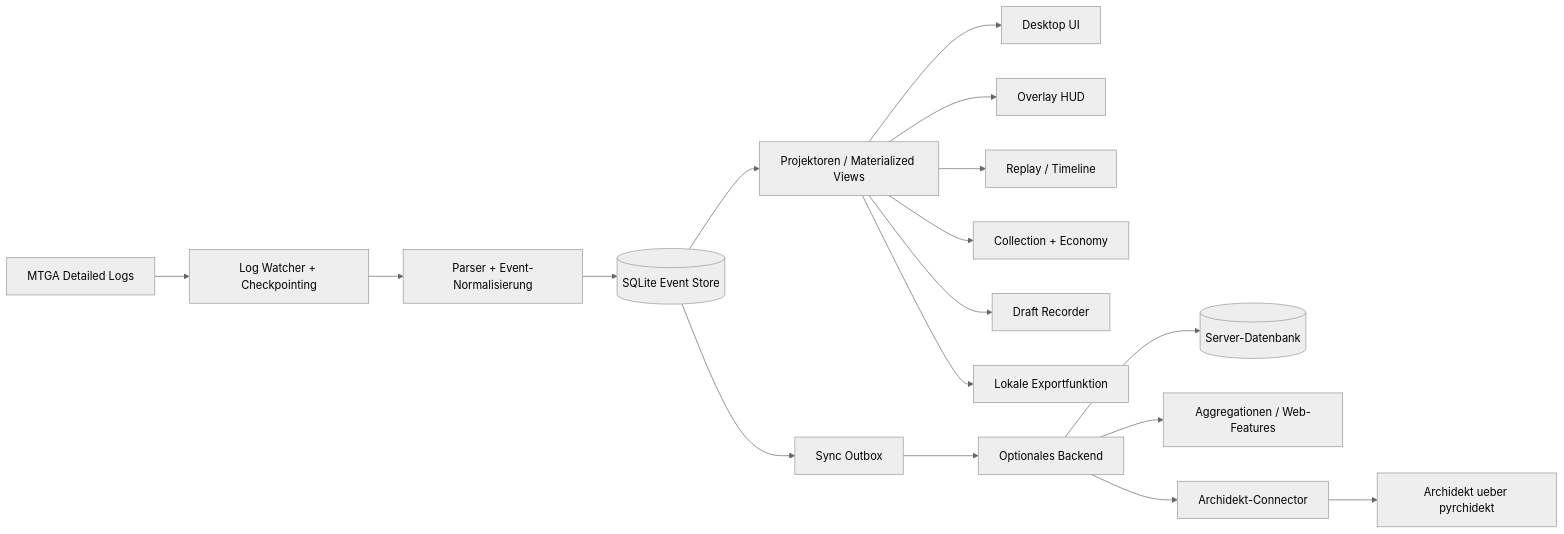
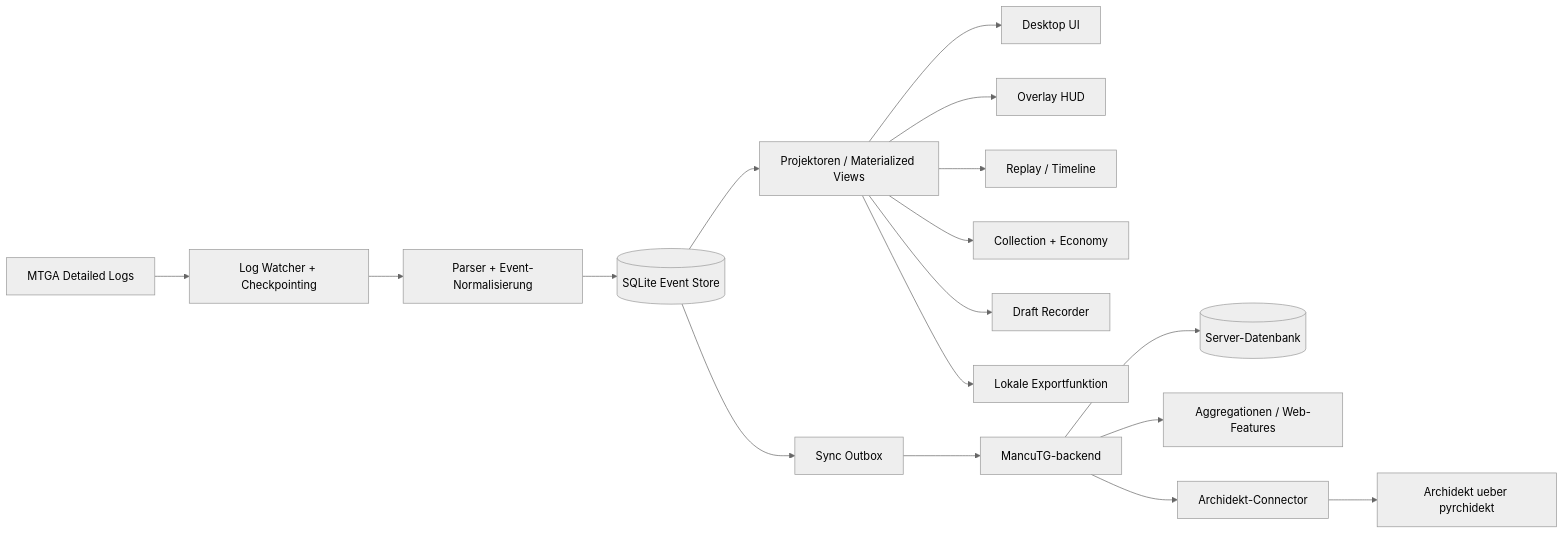
One commit to davidertl/MTG-Companion changed the diagram in docs/architecture/unified-mtg-companion-architecture.md. Above: the diagram before and after it, drawn with Mermaid (neutral theme). The commit also changed other lines of this file and 16 other files, not shown here.

````diff
--- a/docs/architecture/unified-mtg-companion-architecture.md
+++ b/docs/architecture/unified-mtg-companion-architecture.md
@@ -115,20 +125,20 @@
 ```mermaid
 flowchart LR
     A[MTGA Detailed Logs] --> B[Log Watcher + Checkpointing]
     B --> C[Parser + Event-Normalisierung]
     C --> D[(SQLite Event Store)]
     D --> E[Projektoren / Materialized Views]
     E --> F[Desktop UI]
     E --> G[Overlay HUD]
     E --> H[Replay / Timeline]
     E --> I[Collection + Economy]
     E --> J[Draft Recorder]
     E --> K[Lokale Exportfunktion]
 
     D --> L[Sync Outbox]
-    L --> M[Optionales Backend]
+    L --> M[MancuTG-backend]
     M --> N[(Server-Datenbank)]
     M --> O[Aggregationen / Web-Features]
     M --> P[Archidekt-Connector]
     P --> Q[Archidekt ueber pyrchidekt]
 ```
````
